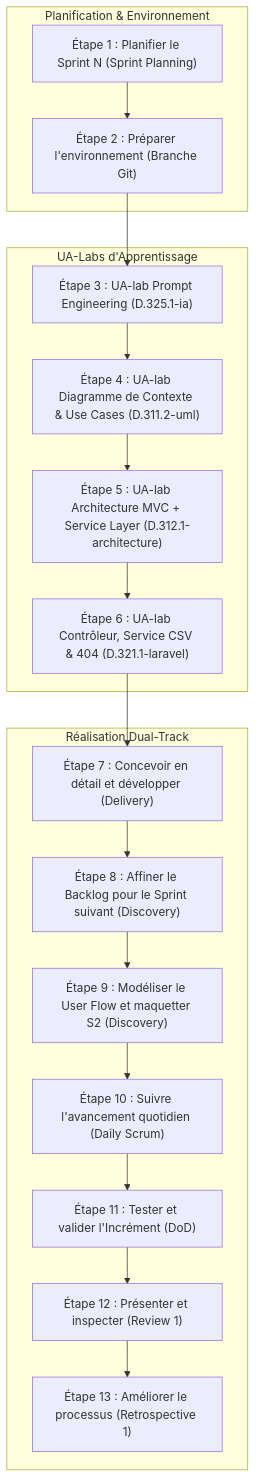
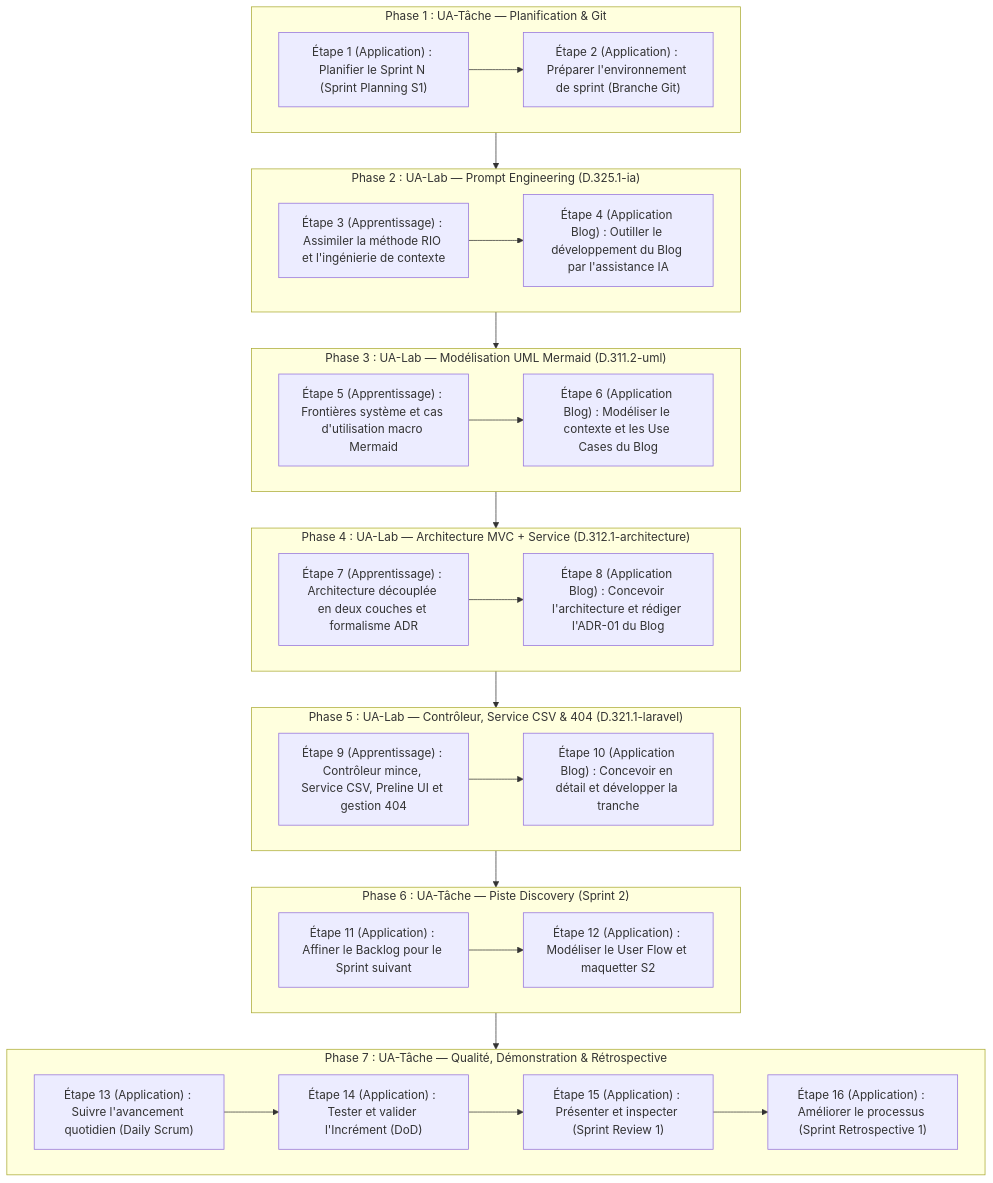
Before and after one commit to labs-web/projet-imiation-n3: the diagram in flux-travail/sessions/flux-travail-s1.md, drawn with Mermaid. The commit also changed other lines of this file and 7 other files, not shown here.

````diff
--- a/flux-travail/sessions/flux-travail-s1.md
+++ b/flux-travail/sessions/flux-travail-s1.md
@@ -64,23 +45,48 @@
 ```mermaid
 flowchart TD
-    subgraph S1_Prep ["Planification & Environnement"]
-        R1["Étape 1 : Planifier le Sprint N (Sprint Planning)"] --> R2["Étape 2 : Préparer l'environnement (Branche Git)"]
+    subgraph P1 ["Phase 1 : UA-Tâche — Planification & Git"]
+        E1["Étape 1 (Application) : Planifier le Sprint N (Sprint Planning S1)"]
+        E2["Étape 2 (Application) : Préparer l'environnement de sprint (Branche Git)"]
+        E1 --> E2
     end
 
-    subgraph S1_Labs ["UA-Labs d'Apprentissage"]
-        R2 --> U1["Étape 3 : UA-lab Prompt Engineering (D.325.1-ia)"]
-        U1 --> U2["Étape 4 : UA-lab Diagramme de Contexte & Use Cases (D.311.2-uml)"]
-        U2 --> U3["Étape 5 : UA-lab Architecture MVC + Service Layer (D.312.1-architecture)"]
-        U3 --> U4["Étape 6 : UA-lab Contrôleur, Service CSV & 404 (D.321.1-laravel)"]
+    subgraph P2 ["Phase 2 : UA-Lab — Prompt Engineering (D.325.1-ia)"]
+        E3["Étape 3 (Apprentissage) : Assimiler la méthode RIO et l'ingénierie de contexte"]
+        E4["Étape 4 (Application Blog) : Outiller le développement du Blog par l'assistance IA"]
+        E3 --> E4
     end
 
-    subgraph S1_Real ["Réalisation Dual-Track"]
-        U4 --> R3["Étape 7 : Concevoir en détail et développer (Delivery)"]
-        R3 --> R4["Étape 8 : Affiner le Backlog pour le Sprint suivant (Discovery)"]
-        R4 --> R5["Étape 9 : Modéliser le User Flow et maquetter S2 (Discovery)"]
-        R5 --> R6["Étape 10 : Suivre l'avancement quotidien (Daily Scrum)"]
-        R6 --> R7["Étape 11 : Tester et valider l'Incrément (DoD)"]
-        R7 --> R8["Étape 12 : Présenter et inspecter (Review 1)"]
-        R8 --> R9["Étape 13 : Améliorer le processus (Retrospective 1)"]
+    subgraph P3 ["Phase 3 : UA-Lab — Modélisation UML Mermaid (D.311.2-uml)"]
+        E5["Étape 5 (Apprentissage) : Frontières système et cas d'utilisation macro Mermaid"]
+        E6["Étape 6 (Application Blog) : Modéliser le contexte et les Use Cases du Blog"]
+        E5 --> E6
     end
+
+    subgraph P4 ["Phase 4 : UA-Lab — Architecture MVC + Service (D.312.1-architecture)"]
+        E7["Étape 7 (Apprentissage) : Architecture découplée en deux couches et formalisme ADR"]
+        E8["Étape 8 (Application Blog) : Concevoir l'architecture et rédiger l'ADR-01 du Blog"]
+        E7 --> E8
+    end
+
+    subgraph P5 ["Phase 5 : UA-Lab — Contrôleur, Service CSV & 404 (D.321.1-laravel)"]
+        E9["Étape 9 (Apprentissage) : Contrôleur mince, Service CSV, Preline UI et gestion 404"]
+        E10["Étape 10 (Application Blog) : Concevoir en détail et développer la tranche"]
+        E9 --> E10
+    end
+
+    subgraph P6 ["Phase 6 : UA-Tâche — Piste Discovery (Sprint 2)"]
+        E11["Étape 11 (Application) : Affiner le Backlog pour le Sprint suivant"]
+        E12["Étape 12 (Application) : Modéliser le User Flow et maquetter S2"]
+        E11 --> E12
+    end
+
+    subgraph P7 ["Phase 7 : UA-Tâche — Qualité, Démonstration & Rétrospective"]
+        E13["Étape 13 (Application) : Suivre l'avancement quotidien (Daily Scrum)"]
+        E14["Étape 14 (Application) : Tester et valider l'Incrément (DoD)"]
+        E15["Étape 15 (Application) : Présenter et inspecter (Sprint Review 1)"]
+        E16["Étape 16 (Application) : Améliorer le processus (Sprint Retrospective 1)"]
+        E13 --> E14 --> E15 --> E16
+    end
+
+    P1 --> P2 --> P3 --> P4 --> P5 --> P6 --> P7
 ```
````
